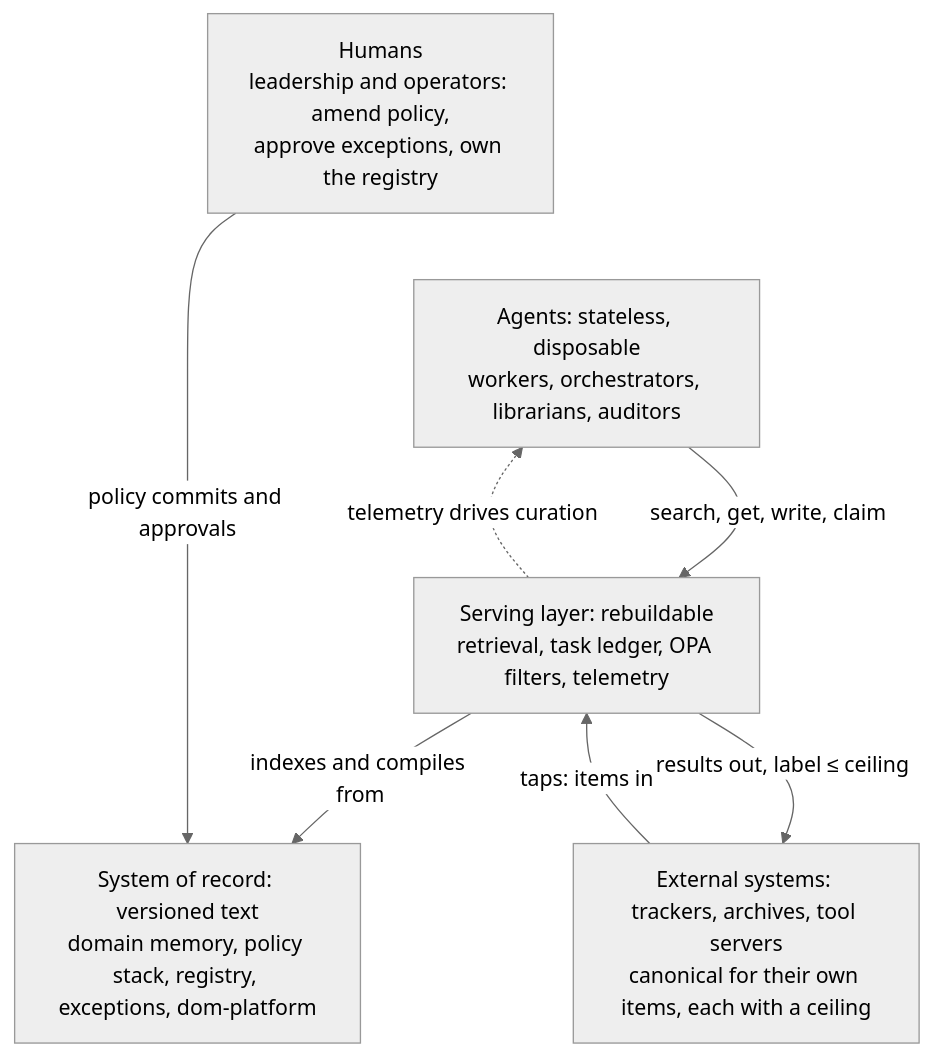
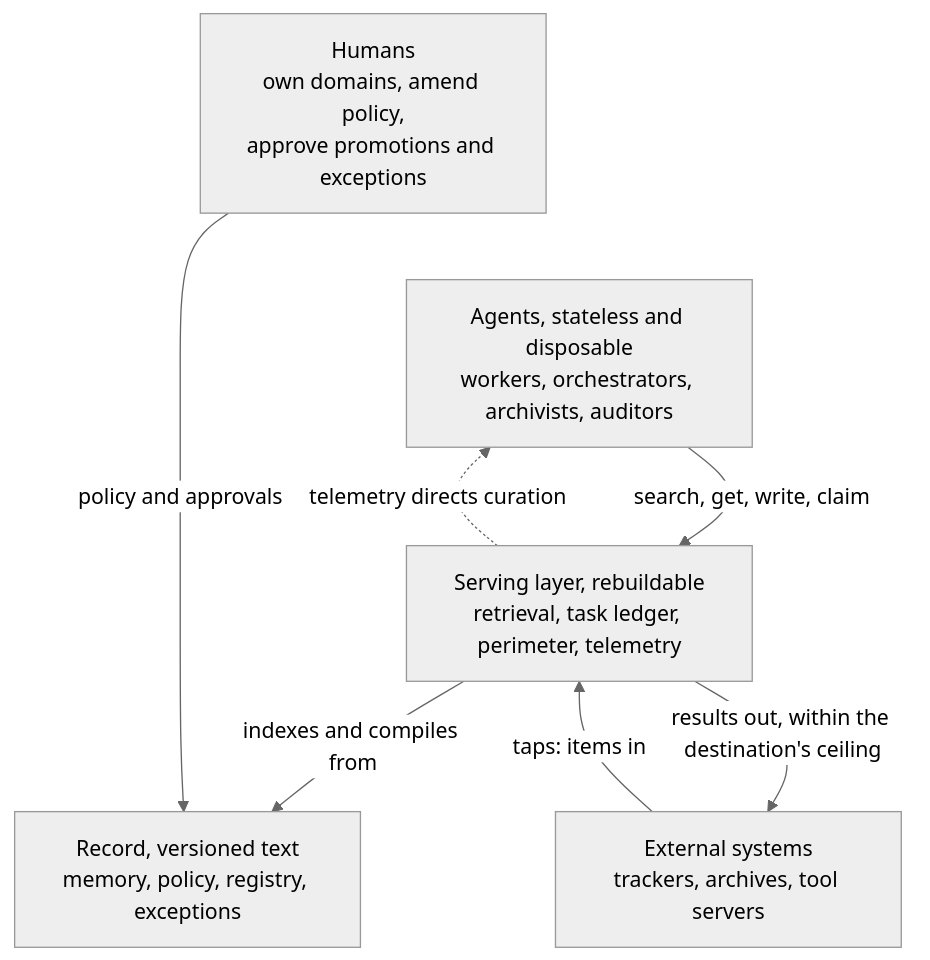
The first of 5 diagrams in docs/durable-memory-for-disposable-agents.md (apache/tooling-memory), drawn with Mermaid (neutral theme) before and after one commit. The commit also changed other lines of this file and 1 other file, not shown here.

First line of the commit message:
Memory paper: shorter, layered, why first; trust, identity, and safety

````diff
--- a/docs/durable-memory-for-disposable-agents.md
+++ b/docs/durable-memory-for-disposable-agents.md
@@ -50,16 +40,16 @@
 ```mermaid
 flowchart TB
-    HUM["Humans<br/>leadership and operators: amend policy,<br/>approve exceptions, own the registry"]
-    AGT["Agents: stateless, disposable<br/>workers, orchestrators, librarians, auditors"]
-    SRV["Serving layer: rebuildable<br/>retrieval, task ledger, OPA filters, telemetry"]
-    REC["System of record: versioned text<br/>domain memory, policy stack, registry, exceptions, dom-platform"]
-    EXT["External systems: trackers, archives, tool servers<br/>canonical for their own items, each with a ceiling"]
+    HUM["Humans<br/>own domains, amend policy,<br/>approve promotions and exceptions"]
+    AGT["Agents, stateless and disposable<br/>workers, orchestrators, archivists, auditors"]
+    SRV["Serving layer, rebuildable<br/>retrieval, task ledger, perimeter, telemetry"]
+    REC["Record, versioned text<br/>memory, policy, registry, exceptions"]
+    EXT["External systems<br/>trackers, archives, tool servers"]
 
     HUM ~~~ AGT
     AGT -->|"search, get, write, claim"| SRV
     SRV -->|"indexes and compiles from"| REC
-    HUM -->|"policy commits and approvals"| REC
-    SRV -.->|"telemetry drives curation"| AGT
+    HUM -->|"policy and approvals"| REC
+    SRV -.->|"telemetry directs curation"| AGT
     EXT -->|"taps: items in"| SRV
-    SRV -->|"results out, label ≤ ceiling"| EXT
+    SRV -->|"results out, within the destination's ceiling"| EXT
 ```
````
